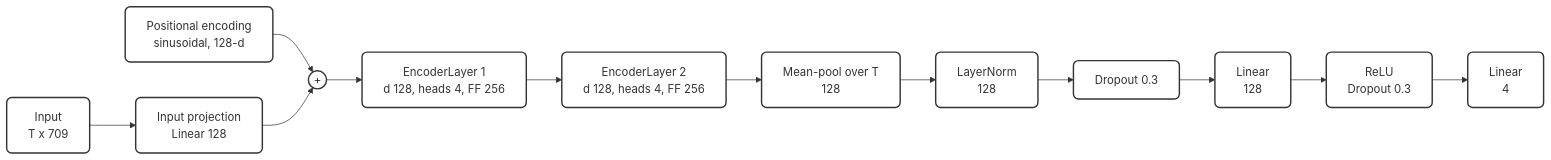
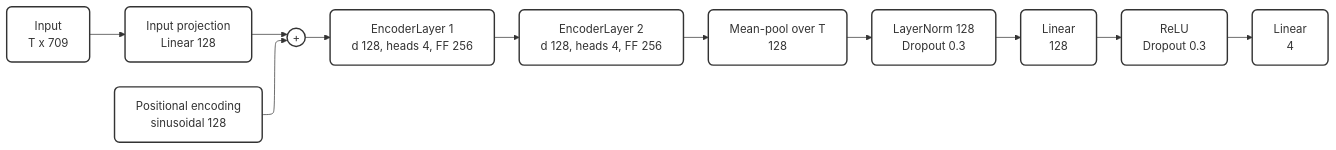
Before and after one commit to hoa2004st/CNN-in-CMOSE: the sixth of 12 diagrams in documents/thesis/diagrams_mermaid.md, drawn with Mermaid. The commit also changed 22 other files, not shown here.

Commit message:
Architecture Figure done

````diff
--- a/documents/thesis/diagrams_mermaid.md
+++ b/documents/thesis/diagrams_mermaid.md
@@ -109,15 +109,18 @@
 ```mermaid
+---
+config:
+  layout: elk
+---
 flowchart LR
     A["Input\nT x 709"] --> B["Input projection\nLinear 128"]
-    PE["Positional encoding\nsinusoidal, 128-d"] --> ADD(("+"))
+    PE["Positional encoding\nsinusoidal 128"] --> ADD(("+"))
     B --> ADD
     ADD --> D1["EncoderLayer 1\nd 128, heads 4, FF 256"]
     D1 --> D2["EncoderLayer 2\nd 128, heads 4, FF 256"]
     D2 --> E["Mean-pool over T\n 128"]
-    E --> F["LayerNorm\n128"]
-    F --> G["Dropout 0.3"]
+    E --> G["LayerNorm 128 \n Dropout 0.3"]
     G --> H["Linear\n 128"]
     H --> I["ReLU\nDropout 0.3"]
     I --> J["Linear\n 4"]
     classDef default fill:#ffffff,stroke:#333,stroke-width:2px,rx:7px,ry:7px
 ```
````
